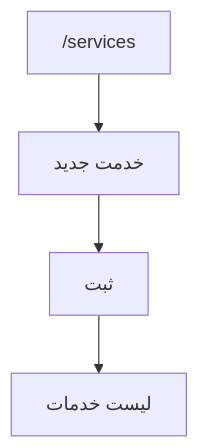
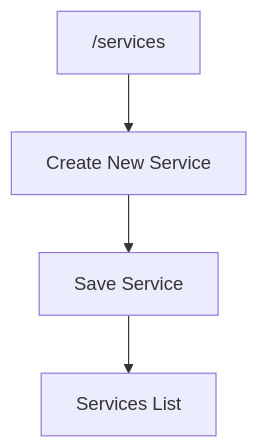
One commit to amirhossein-moloki/Sevra changed the second of 5 diagrams in docs/UI-FLOW-MVP-FA.md. Above: the diagram before and after it, drawn with Mermaid. The commit also changed other lines of this file, not shown here.

First line of the commit message:
Revise UI Flow document to version 0.2

````diff
--- a/docs/UI-FLOW-MVP-FA.md
+++ b/docs/UI-FLOW-MVP-FA.md
@@ -151,6 +21,6 @@
 ```mermaid
 flowchart TD
-    A["/services"] --> B["خدمت جدید"]
-    B --> C["ثبت"]
-    C --> D["لیست خدمات"]
+    A["/services"] --> B["Create New Service"]
+    B --> C["Save Service"]
+    C --> D["Services List"]
 ```
````
